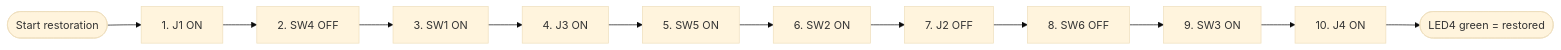
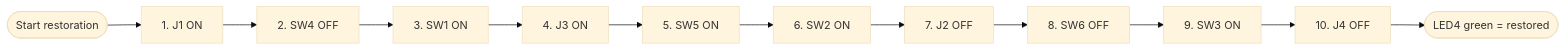
The ninth of 13 diagrams in hardware/raspberry-pi/RESTORE-MODES-MANUAL.md (Andworx/Copilot-IoT-Game), drawn with Mermaid (base theme) before and after one commit. The commit also changed other lines of this file and 40 other files, not shown here.

````diff
--- a/hardware/raspberry-pi/RESTORE-MODES-MANUAL.md
+++ b/hardware/raspberry-pi/RESTORE-MODES-MANUAL.md
@@ -435,26 +441,26 @@
 ```mermaid
 flowchart LR
   start([Start restoration])
   s1["1. J1 ON"]
   start --> s1
   s2["2. SW4 OFF"]
   s1 --> s2
   s3["3. SW1 ON"]
   s2 --> s3
   s4["4. J3 ON"]
   s3 --> s4
   s5["5. SW5 ON"]
   s4 --> s5
   s6["6. SW2 ON"]
   s5 --> s6
   s7["7. J2 OFF"]
   s6 --> s7
   s8["8. SW6 OFF"]
   s7 --> s8
   s9["9. SW3 ON"]
   s8 --> s9
-  s10["10. J4 ON"]
+  s10["10. J4 OFF"]
   s9 --> s10
   done([LED4 green = restored])
   s10 --> done
 ```
````
